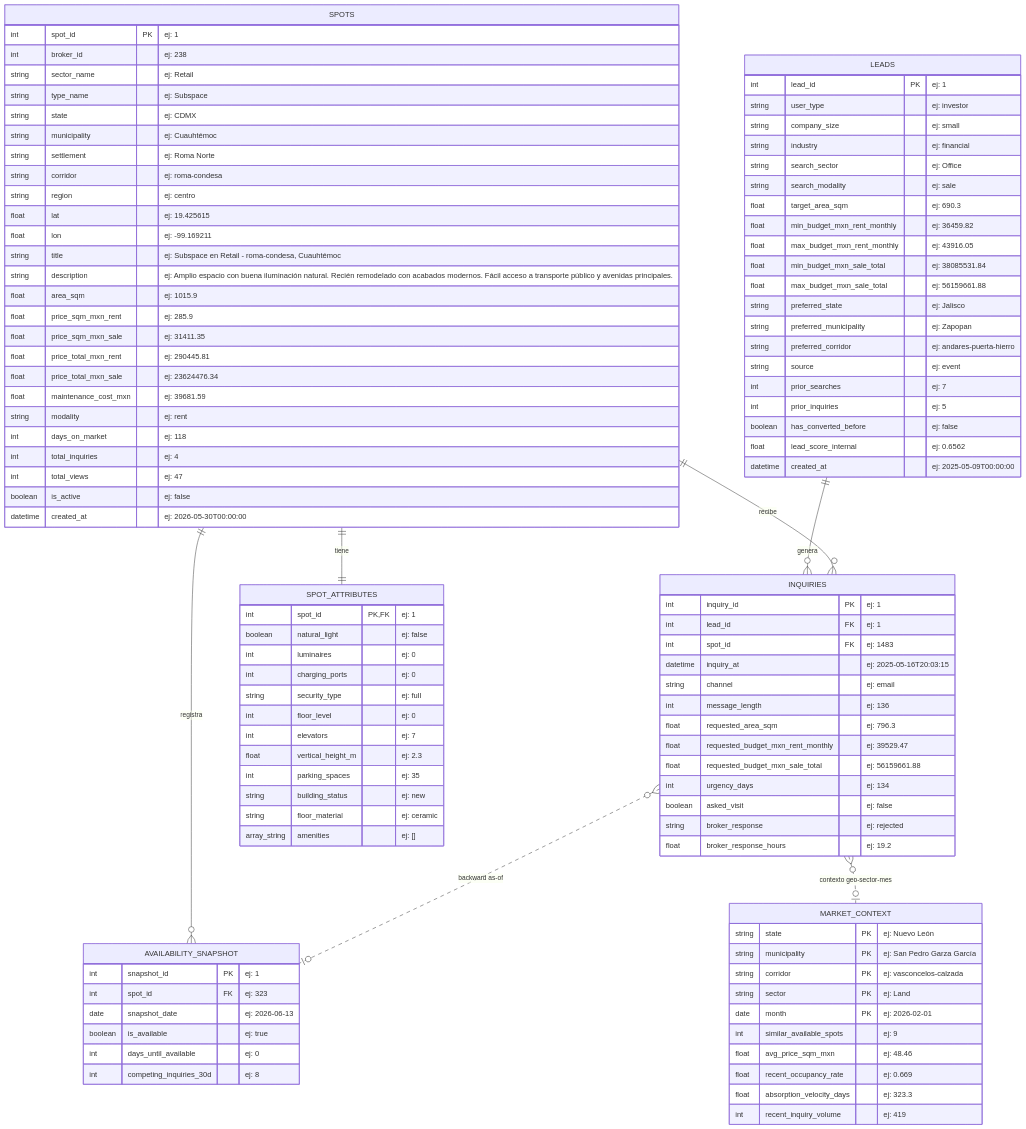
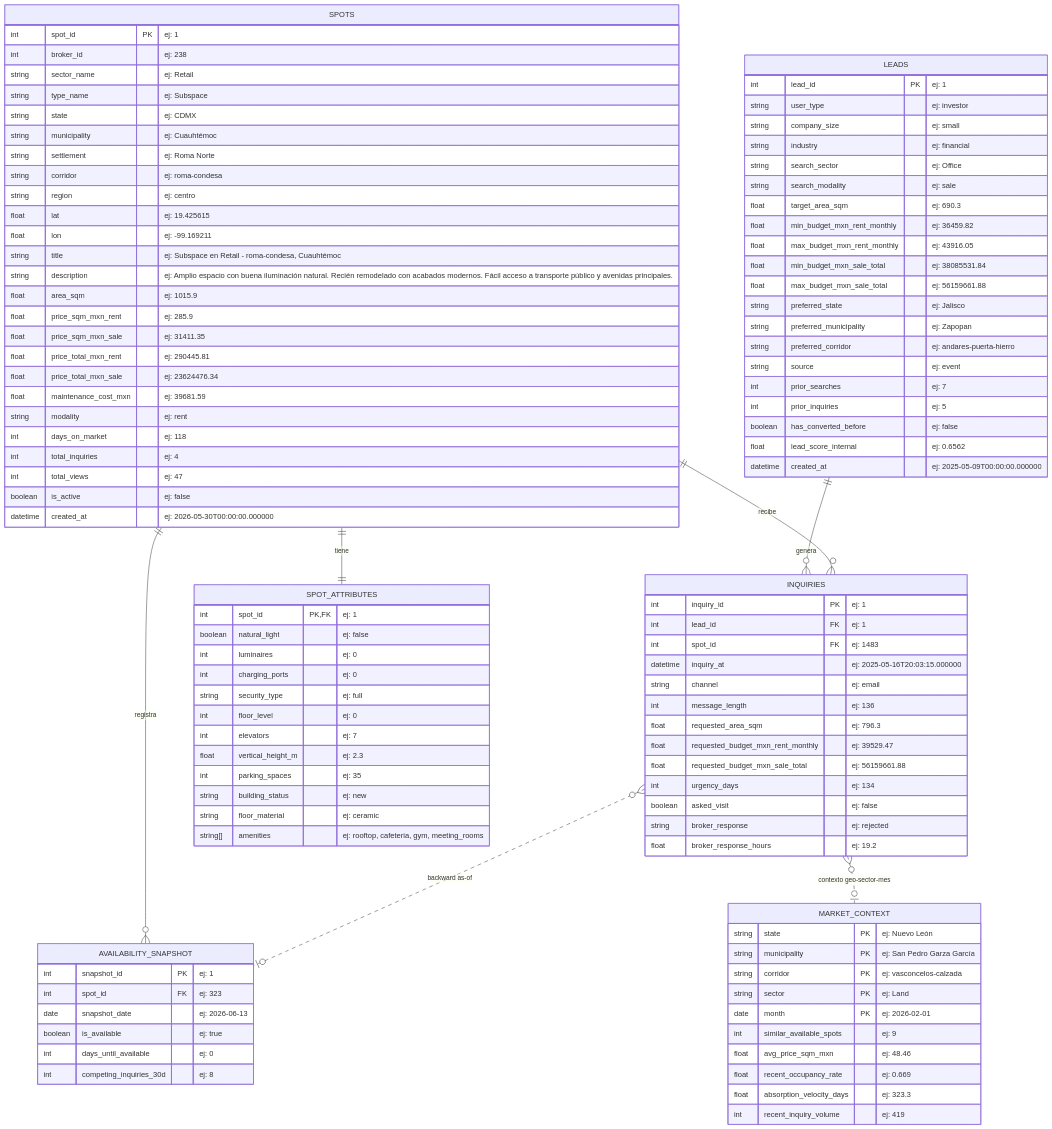
One commit to jcval94/spot2 changed the diagram in README.md. Above: the diagram before and after it, drawn with Mermaid. The commit also changed other lines of this file, not shown here.

Commit message:
docs: refine ERD logical types and observed examples

```diff
--- a/README.md
+++ b/README.md
@@ -44,7 +44,7 @@
         int prior_inquiries "ej: 5"
         boolean has_converted_before "ej: false"
         float lead_score_internal "ej: 0.6562"
-        datetime created_at "ej: 2025-05-09T00:00:00"
+        datetime created_at "ej: 2025-05-09T00:00:00.000000"
     }
 
     SPOTS {
@@ -72,7 +72,7 @@
         int total_inquiries "ej: 4"
         int total_views "ej: 47"
         boolean is_active "ej: false"
-        datetime created_at "ej: 2026-05-30T00:00:00"
+        datetime created_at "ej: 2026-05-30T00:00:00.000000"
     }
 
     SPOT_ATTRIBUTES {
@@ -87,14 +87,14 @@
         int parking_spaces "ej: 35"
         string building_status "ej: new"
         string floor_material "ej: ceramic"
-        array_string amenities "ej: []"
+        string[] amenities "ej: rooftop, cafeteria, gym, meeting_rooms"
     }
 
     INQUIRIES {
         int inquiry_id PK "ej: 1"
         int lead_id FK "ej: 1"
         int spot_id FK "ej: 1483"
-        datetime inquiry_at "ej: 2025-05-16T20:03:15"
+        datetime inquiry_at "ej: 2025-05-16T20:03:15.000000"
         string channel "ej: email"
         int message_length "ej: 136"
         float requested_area_sqm "ej: 796.3"
```
